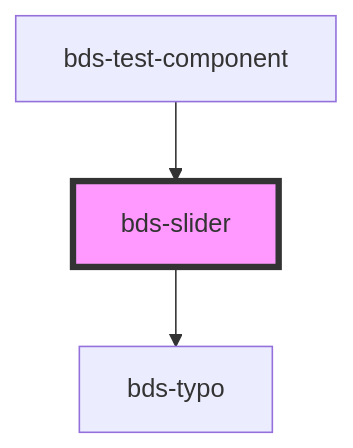
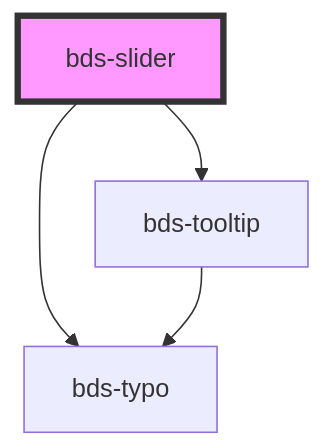
The diagram in src/components/slider/readme.md (takenet/blip-ds), drawn with Mermaid before and after one commit. The commit also changed other lines of this file and 10 other files, not shown here.

Commit message:
feat(slider): add component slider

````diff
--- a/src/components/slider/readme.md
+++ b/src/components/slider/readme.md
@@ -40,6 +36,7 @@
 ```mermaid
 graph TD;
+  bds-slider --> bds-tooltip
   bds-slider --> bds-typo
-  bds-test-component --> bds-slider
+  bds-tooltip --> bds-typo
   style bds-slider fill:#f9f,stroke:#333,stroke-width:4px
 ```
````
